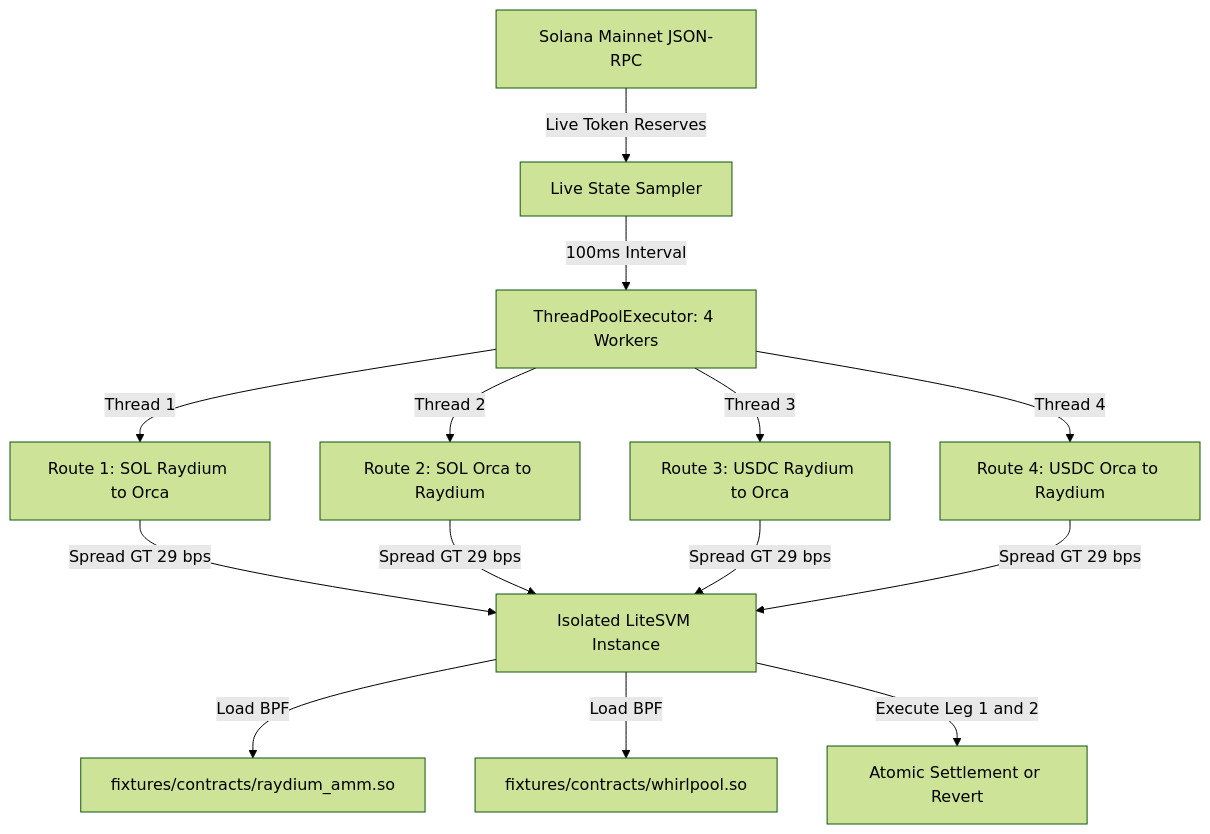
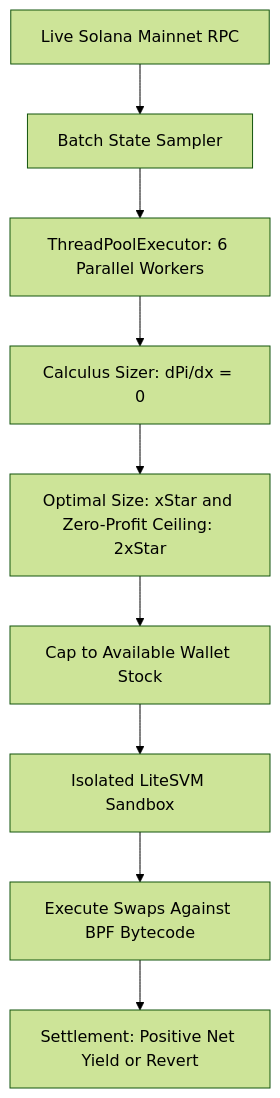
Before and after one commit to Rizz-1024/my-project: the second of 2 diagrams in README.md, drawn with Mermaid (forest theme). The commit also changed other lines of this file and 1 other file, not shown here.

Commit message:
feat: implement multi-market multi-token circular arbitrage and optimal sizing engine

````diff
--- a/README.md
+++ b/README.md
@@ -142,16 +153,11 @@
 ```mermaid
 graph TD
-    RPC[Solana Mainnet JSON-RPC] -->|Live Token Reserves| Monitor[Live State Sampler]
-    Monitor -->|100ms Interval| Dispatcher[ThreadPoolExecutor: 4 Workers]
-    Dispatcher -->|Thread 1| Worker1[Route 1: SOL Raydium to Orca]
-    Dispatcher -->|Thread 2| Worker2[Route 2: SOL Orca to Raydium]
-    Dispatcher -->|Thread 3| Worker3[Route 3: USDC Raydium to Orca]
-    Dispatcher -->|Thread 4| Worker4[Route 4: USDC Orca to Raydium]
-    Worker1 -->|Spread GT 29 bps| VM[Isolated LiteSVM Instance]
-    Worker2 -->|Spread GT 29 bps| VM
-    Worker3 -->|Spread GT 29 bps| VM
-    Worker4 -->|Spread GT 29 bps| VM
-    VM -->|Load BPF| RaydiumProg[fixtures/contracts/raydium_amm.so]
-    VM -->|Load BPF| OrcaProg[fixtures/contracts/whirlpool.so]
-    VM -->|Execute Leg 1 and 2| Result[Atomic Settlement or Revert]
+    RPC[Live Solana Mainnet RPC] --> Poller[Batch State Sampler]
+    Poller --> Workers[ThreadPoolExecutor: 6 Parallel Workers]
+    Workers --> Sizer[Calculus Sizer: dPi/dx = 0]
+    Sizer --> SizerCheck[Optimal Size: xStar and Zero-Profit Ceiling: 2xStar]
+    SizerCheck --> MinCap[Cap to Available Wallet Stock]
+    MinCap --> VM[Isolated LiteSVM Sandbox]
+    VM --> Execute[Execute Swaps Against BPF Bytecode]
+    Execute --> Result[Settlement: Positive Net Yield or Revert]
 ```
````
